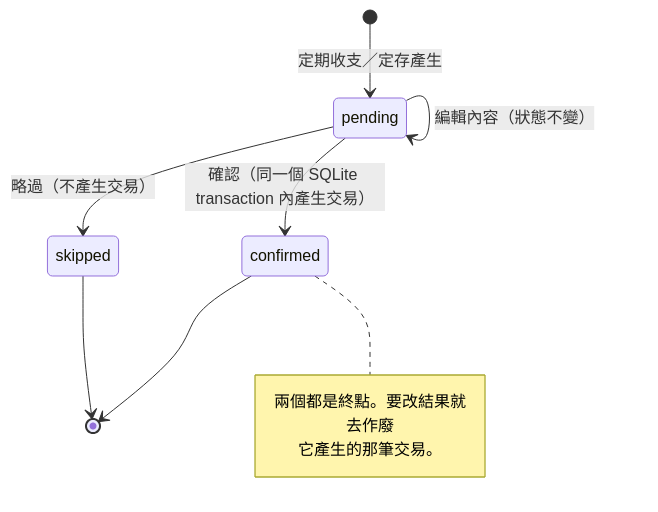
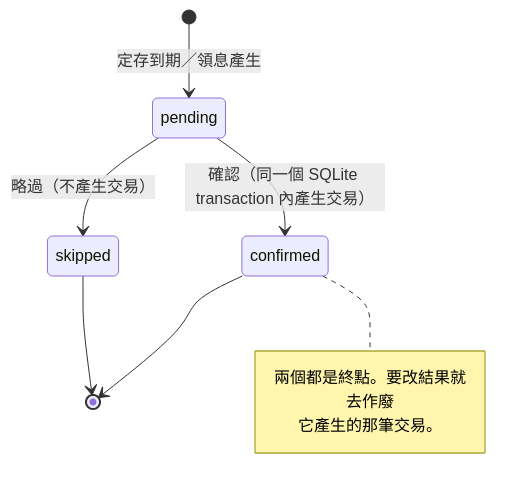
Before and after one commit to SpringRain555/tagcor-ledger: the third of 5 diagrams in docs/architecture/state-machines.md, drawn with Mermaid. The commit also changed other lines of this file and 82 other files, not shown here.

````diff
--- a/docs/architecture/state-machines.md
+++ b/docs/architecture/state-machines.md
@@ -151,13 +152,12 @@
 ```mermaid
 stateDiagram-v2
-    [*] --> pending: 定期收支／定存產生
-    pending --> pending: 編輯內容（狀態不變）
+    [*] --> pending: 定存到期／領息產生
     pending --> confirmed: 確認（同一個 SQLite transaction 內產生交易）
     pending --> skipped: 略過（不產生交易）
     confirmed --> [*]
     skipped --> [*]
     note right of confirmed
         兩個都是終點。要改結果就去作廢
         它產生的那筆交易。
     end note
 ```
````
